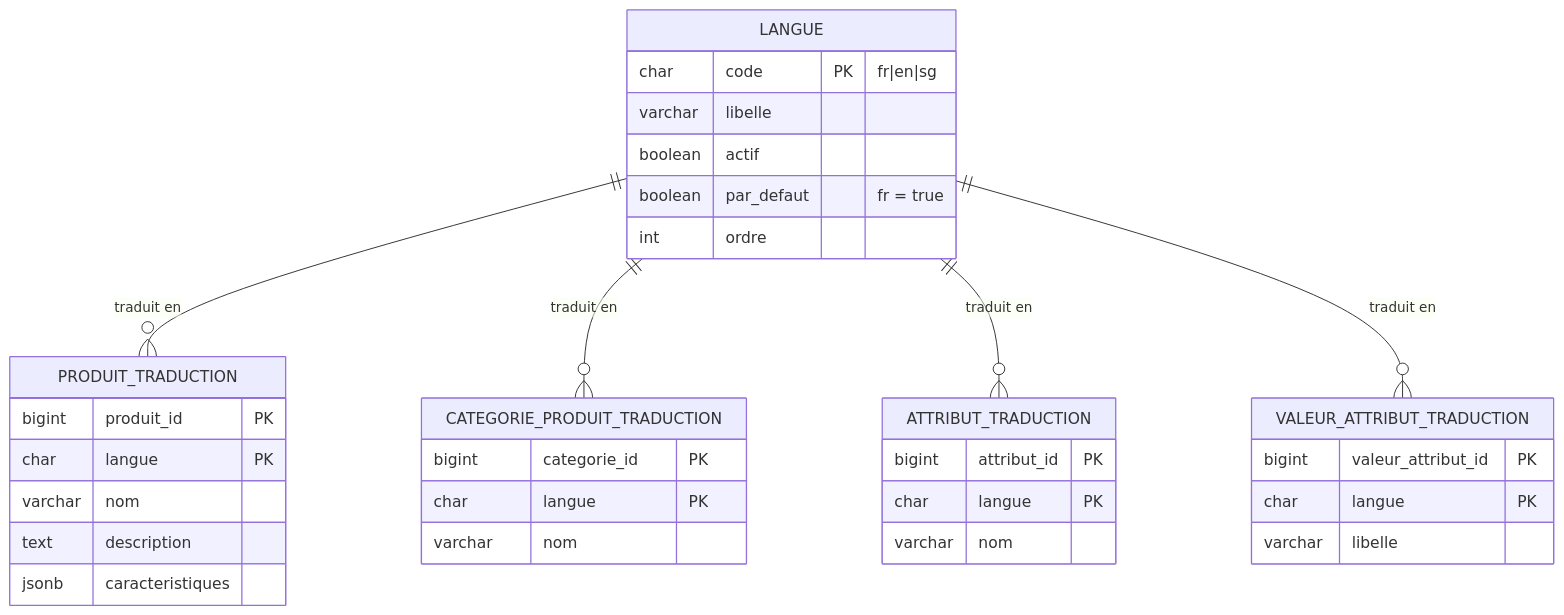
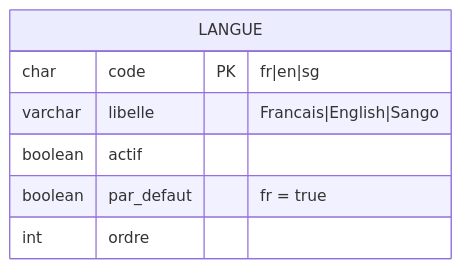
Diagram 12 of 12 in docs/cours/03-le-modele-corrige.md (Dominique-BRIA/garah), drawn with Mermaid before and after one commit. The commit also changed other lines of this file and 1 other file, not shown here.

````diff
--- a/docs/cours/03-le-modele-corrige.md
+++ b/docs/cours/03-le-modele-corrige.md
@@ -1416,41 +1466,10 @@
 ```mermaid
 erDiagram
     LANGUE {
         char code PK "fr|en|sg"
-        varchar libelle
+        varchar libelle "Francais|English|Sango"
         boolean actif
         boolean par_defaut "fr = true"
         int ordre
     }
-
-    PRODUIT_TRADUCTION {
-        bigint produit_id PK
-        char langue PK
-        varchar nom
-        text description
-        jsonb caracteristiques
-    }
-
-    CATEGORIE_PRODUIT_TRADUCTION {
-        bigint categorie_id PK
-        char langue PK
-        varchar nom
-    }
-
-    ATTRIBUT_TRADUCTION {
-        bigint attribut_id PK
-        char langue PK
-        varchar nom
-    }
-
-    VALEUR_ATTRIBUT_TRADUCTION {
-        bigint valeur_attribut_id PK
-        char langue PK
-        varchar libelle
-    }
-
-    LANGUE ||--o{ PRODUIT_TRADUCTION : "traduit en"
-    LANGUE ||--o{ CATEGORIE_PRODUIT_TRADUCTION : "traduit en"
-    LANGUE ||--o{ ATTRIBUT_TRADUCTION : "traduit en"
-    LANGUE ||--o{ VALEUR_ATTRIBUT_TRADUCTION : "traduit en"
 ```
````
